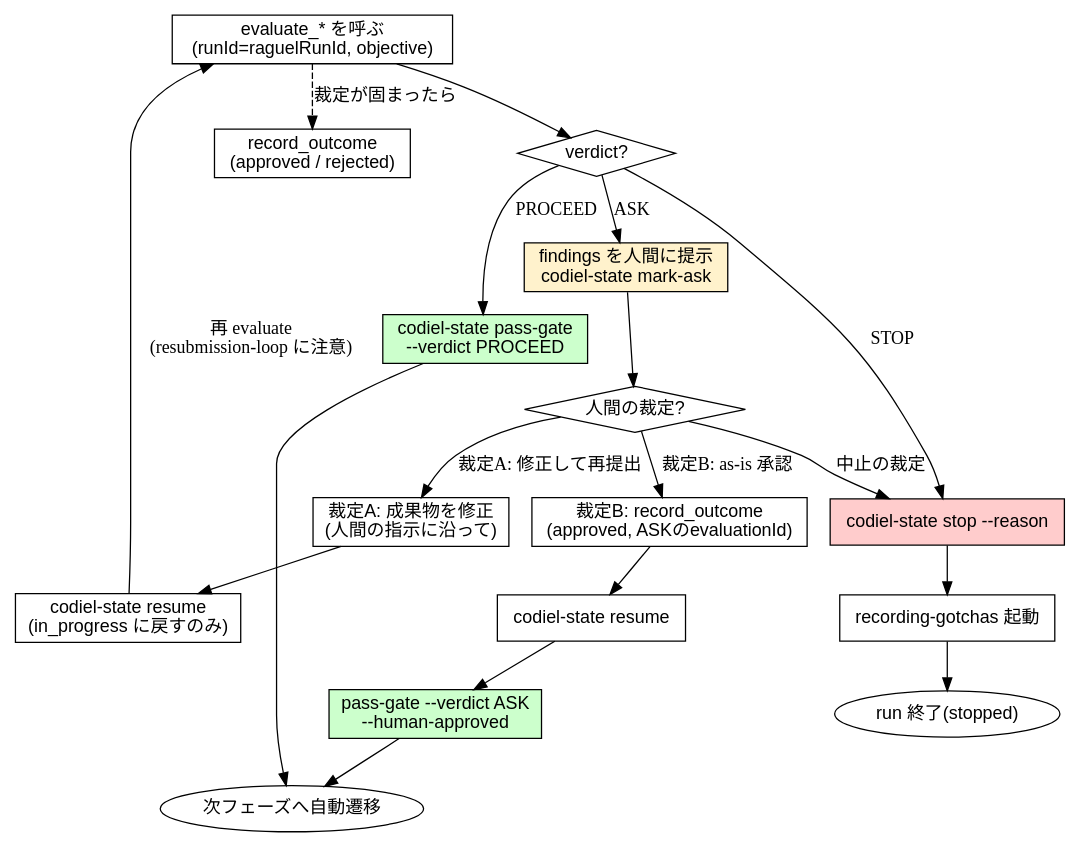
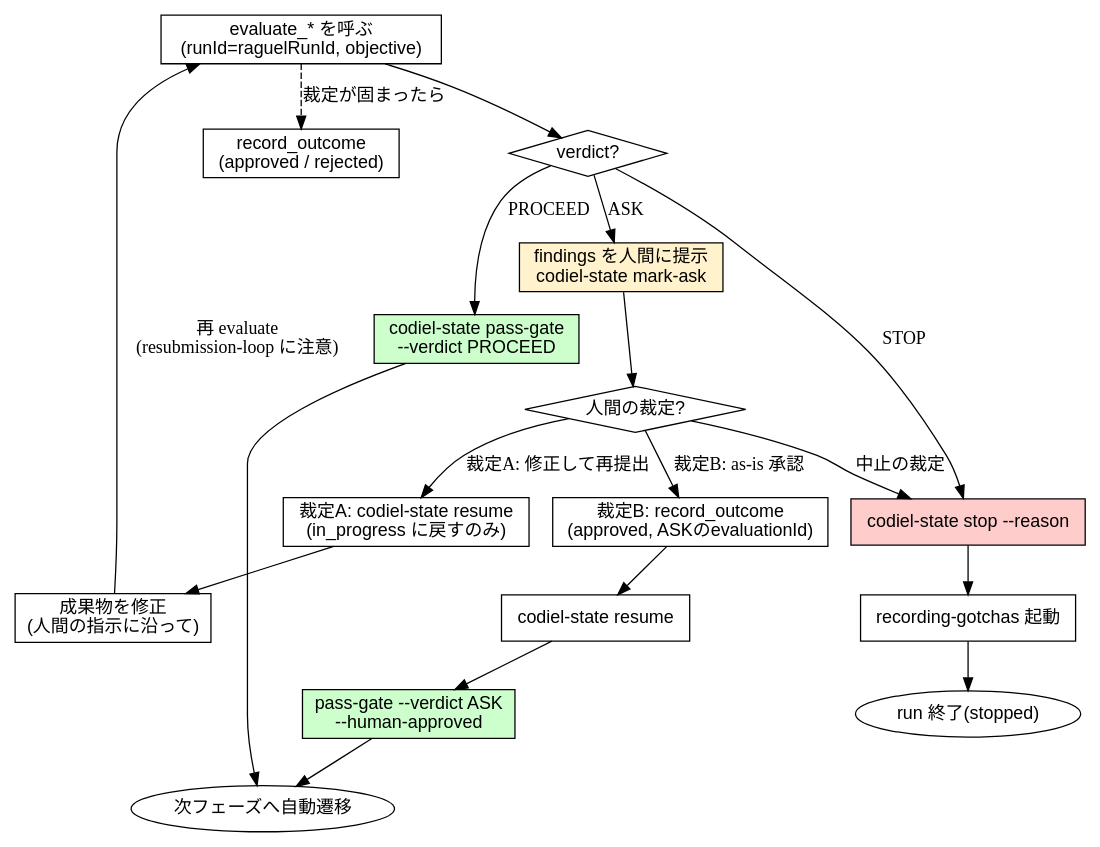
The diagram in plugins/codiel/skills/raguel-gating/SKILL.md (Amatsuka-kobo/amatsuka-claude-plugins), drawn with Graphviz before and after one commit. The commit also changed other lines of this file and 9 other files, not shown here.

````diff
--- a/plugins/codiel/skills/raguel-gating/SKILL.md
+++ b/plugins/codiel/skills/raguel-gating/SKILL.md
@@ -194,50 +196,50 @@
 ```dot
 digraph raguel_gate {
   rankdir=TB;
   node [fontname="sans-serif"];
 
   evaluate [label="evaluate_* を呼ぶ\n(runId=raguelRunId, objective)", shape=box];
   verdict [label="verdict?", shape=diamond];
 
   proceed [label="codiel-state pass-gate\n--verdict PROCEED", shape=box, style=filled, fillcolor="#ccffcc"];
   next [label="次フェーズへ自動遷移", shape=ellipse];
 
   ask [label="findings を人間に提示\ncodiel-state mark-ask", shape=box, style=filled, fillcolor="#fff2cc"];
   human [label="人間の裁定?", shape=diamond];
 
-  refix [label="裁定A: 成果物を修正\n(人間の指示に沿って)", shape=box];
-  resume_a [label="codiel-state resume\n(in_progress に戻すのみ)", shape=box];
+  resume_a [label="裁定A: codiel-state resume\n(in_progress に戻すのみ)", shape=box];
+  refix [label="成果物を修正\n(人間の指示に沿って)", shape=box];
   record_a [label="record_outcome\n(approved / rejected)", shape=box];
 
   record_ha [label="裁定B: record_outcome\n(approved, ASKのevaluationId)", shape=box];
   resume_b [label="codiel-state resume", shape=box];
   pass_gate_ha [label="pass-gate --verdict ASK\n--human-approved", shape=box, style=filled, fillcolor="#ccffcc"];
 
   stop_run [label="codiel-state stop --reason", shape=box, style=filled, fillcolor="#ffcccc"];
   gotchas [label="recording-gotchas 起動", shape=box];
   stopped [label="run 終了(stopped)", shape=ellipse];
 
   evaluate -> verdict;
   verdict -> proceed [label="PROCEED"];
   verdict -> ask [label="ASK"];
   verdict -> stop_run [label="STOP"];
 
   proceed -> next;
 
   ask -> human;
-  human -> refix [label="裁定A: 修正して再提出"];
+  human -> resume_a [label="裁定A: 修正して再提出"];
   human -> record_ha [label="裁定B: as-is 承認"];
   human -> stop_run [label="中止の裁定"];
 
-  refix -> resume_a;
-  resume_a -> evaluate [label="再 evaluate\n(resubmission-loop に注意)"];
+  resume_a -> refix;
+  refix -> evaluate [label="再 evaluate\n(resubmission-loop に注意)"];
   evaluate -> record_a [style=dashed, label="裁定が固まったら"];
 
   record_ha -> resume_b;
   resume_b -> pass_gate_ha;
   pass_gate_ha -> next;
 
   stop_run -> gotchas;
   gotchas -> stopped;
 }
 ```
````
